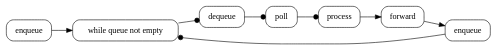
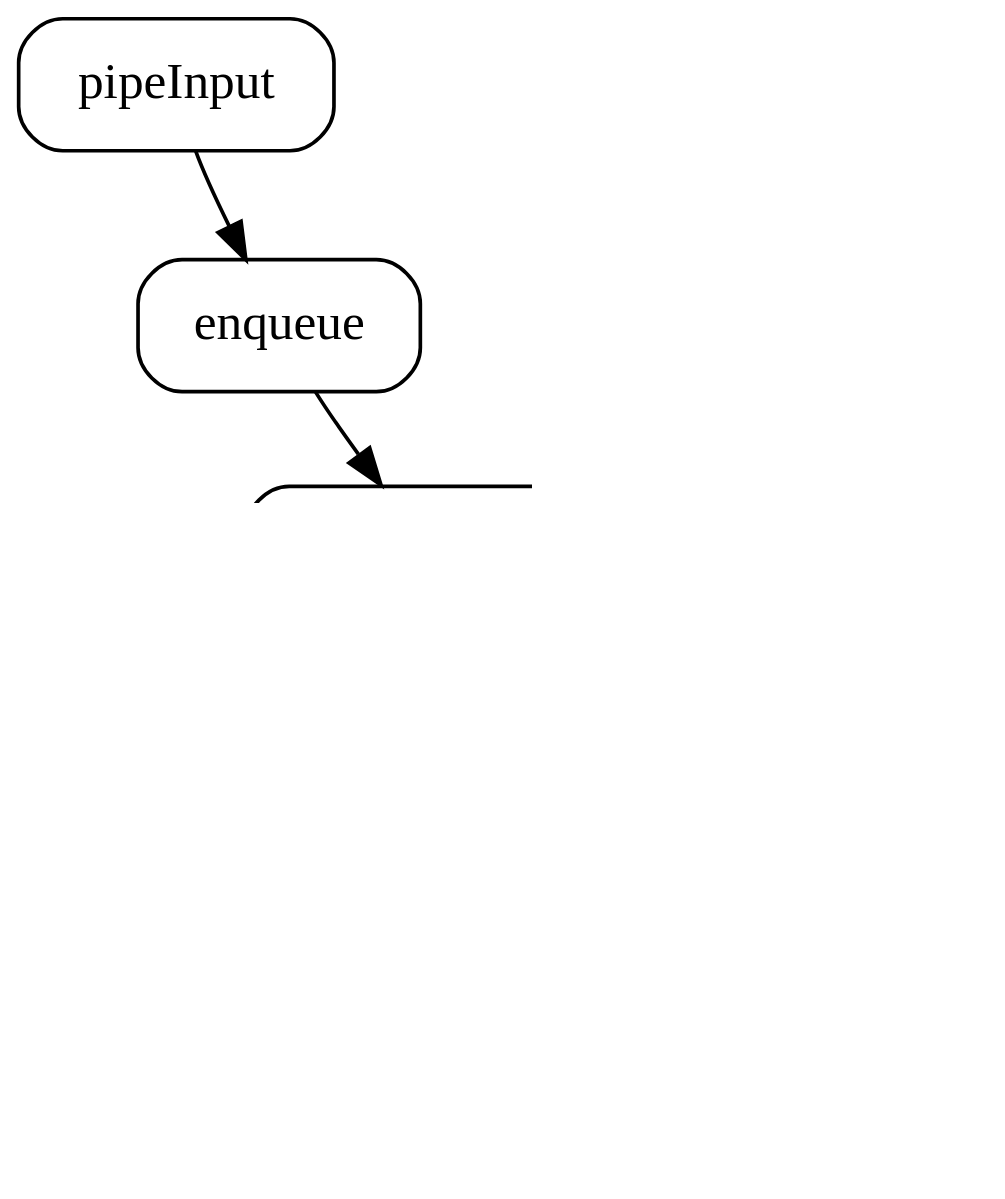
One commit to inponomarev/kstreams-testing-pitfalls changed diagram 20 of 33 in slides/src/main/asciidoc/lecture.adoc. Above: the diagram before and after it, drawn with Graphviz. The commit also changed other lines of this file, not shown here.

```diff
--- a/slides/src/main/asciidoc/lecture.adoc
+++ b/slides/src/main/asciidoc/lecture.adoc
@@ -960,21 +909,20 @@
 [graphviz,"ttdloop.png"]
 ----
 digraph G {
-rankdir="LR";
-node[shape="box"; style="rounded"];
-start [label="enqueue"];
-runLoop [label="while queue not empty", ];
-dequeue [];
-poll [];
-process [];
-forward [];
-
-start -> runLoop;
-runLoop -> dequeue [arrowhead="dot"];
-dequeue -> poll [arrowhead="dot"];
-poll -> process [arrowhead="dot"];
-process -> forward;
-forward -> enqueue;
-enqueue -> runLoop [arrowhead="dot"];
+  graph [dpi = 180];
+  layout="neato";
+  splines=curved;
+  node[shape="box"; style="rounded"];
+  edge[len=1.3]
+  pipeInput[pos="-1,3!"];
+  pipeInput -> enqueue[len=1];
+  enqueue -> while[len=1];
+  while -> dequeue;
+  dequeue -> process;
+  process -> forward;
+  forward -> enqueue2;
+  enqueue2 -> while;
+  while[label="while queue\nnot empty"]
+  enqueue2[label="enqueue"]
 }
 ----
```
